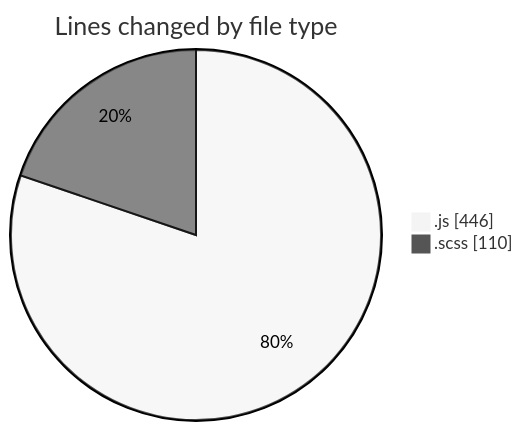
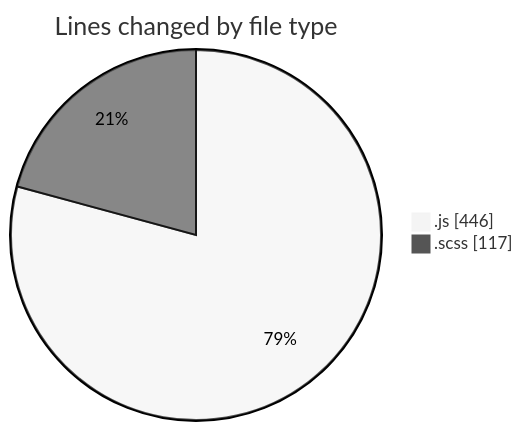
The first of 2 diagrams in 2026-01-05/cda/README.md (momahboobian/code-tracking), drawn with Mermaid (neutral theme) before and after one commit. The commit also changed other lines of this file and 1 other file, not shown here.

````diff
--- a/2026-01-05/cda/README.md
+++ b/2026-01-05/cda/README.md
@@ -25,6 +25,6 @@
 ```mermaid
 pie showData
 title Lines changed by file type
 ".js" : 446
-".scss" : 110
+".scss" : 117
 ```
````
